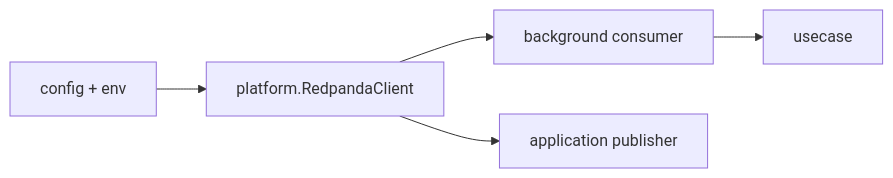
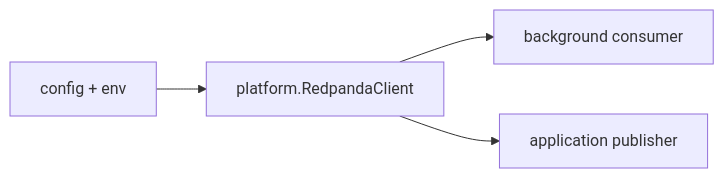
One commit to endge-lab/service-template-go changed the fourth of 5 diagrams in docs/architecture.md. Above: the diagram before and after it, drawn with Mermaid. The commit also changed other lines of this file and 74 other files, not shown here.

````diff
--- a/docs/architecture.md
+++ b/docs/architecture.md
@@ -118,7 +115,6 @@
 ```mermaid
 flowchart LR
     Config["config + env"] --> Runtime["platform.RedpandaClient"]
     Runtime --> Consumer["background consumer"]
     Runtime --> Producer["application publisher"]
-    Consumer --> UseCase["usecase"]
 ```
````
